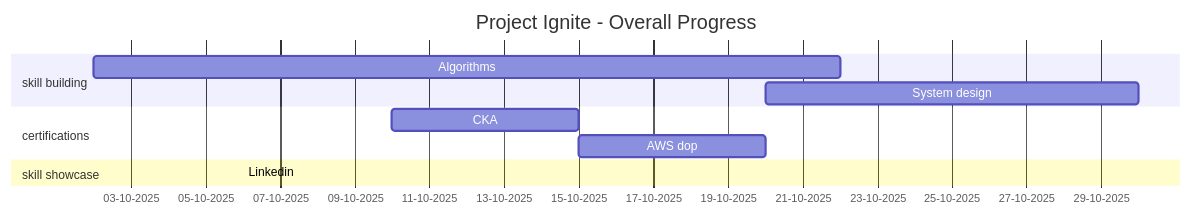
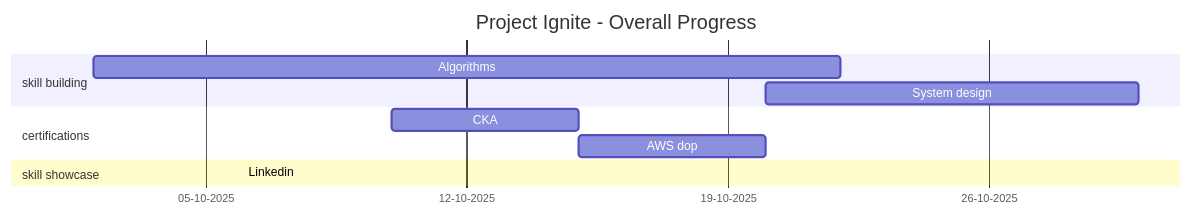
The second of 2 diagrams in README.md (Navdeep-Singh-Ghotra/ignite), drawn with Mermaid before and after one commit.

Commit message:
adding mermaid template for gantt

````diff
--- a/README.md
+++ b/README.md
@@ -34,14 +34,15 @@
 ```mermaid
 gantt
     title Project Ignite - Overall Progress
     dateFormat  DD-MM-YYYY
     axisFormat %d-%m-%Y
+    tickInterval 1week
     section skill building
     Algorithms       : a1, 02-10-2025, 20d
     System design : 20-10-2025,10d 
     section certifications
     CKA       : 10-10-2025, 5d
     AWS dop       : 15-10-2025, 5d
     section skill showcase
     Linkedin       : 06-10-2025, 
 ```
````
